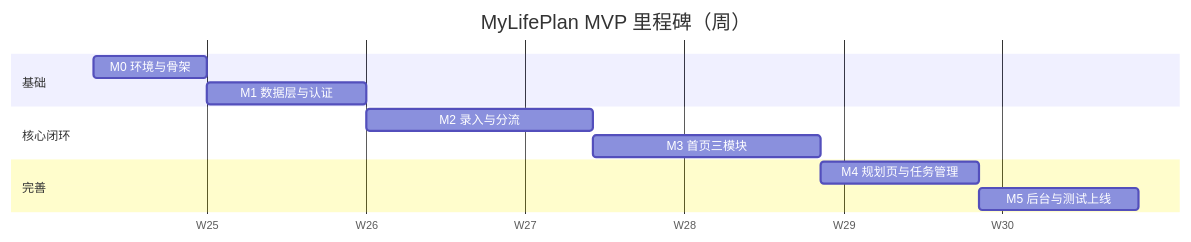
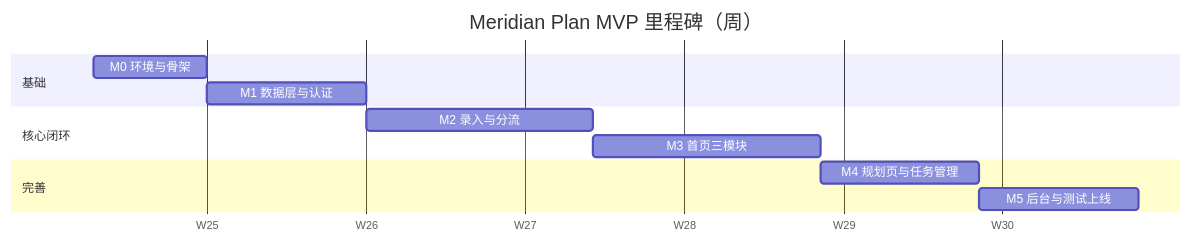
Before and after one commit to gchongo/Mylifeplan: the diagram in development-plan.md, drawn with Mermaid. The commit also changed other lines of this file and 32 other files, not shown here.

````diff
--- a/development-plan.md
+++ b/development-plan.md
@@ -65,18 +65,18 @@
 ```mermaid
 gantt
-    title MyLifePlan MVP 里程碑（周）
+    title Meridian Plan MVP 里程碑（周）
     dateFormat YYYY-MM-DD
     axisFormat W%W
 
     section 基础
     M0 环境与骨架           :m0, 2026-06-23, 5d
     M1 数据层与认证         :m1, after m0, 7d
 
     section 核心闭环
     M2 录入与分流           :m2, after m1, 10d
     M3 首页三模块           :m3, after m2, 10d
 
     section 完善
     M4 规划页与任务管理     :m4, after m3, 7d
     M5 后台与测试上线       :m5, after m4, 7d
 ```
````
